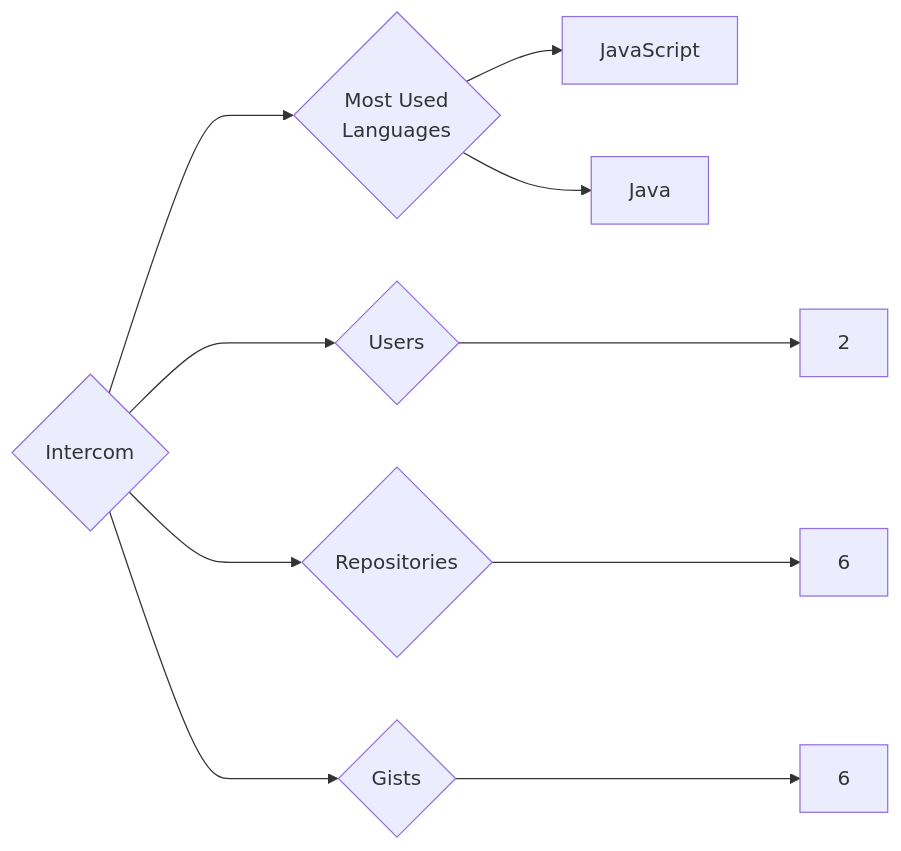
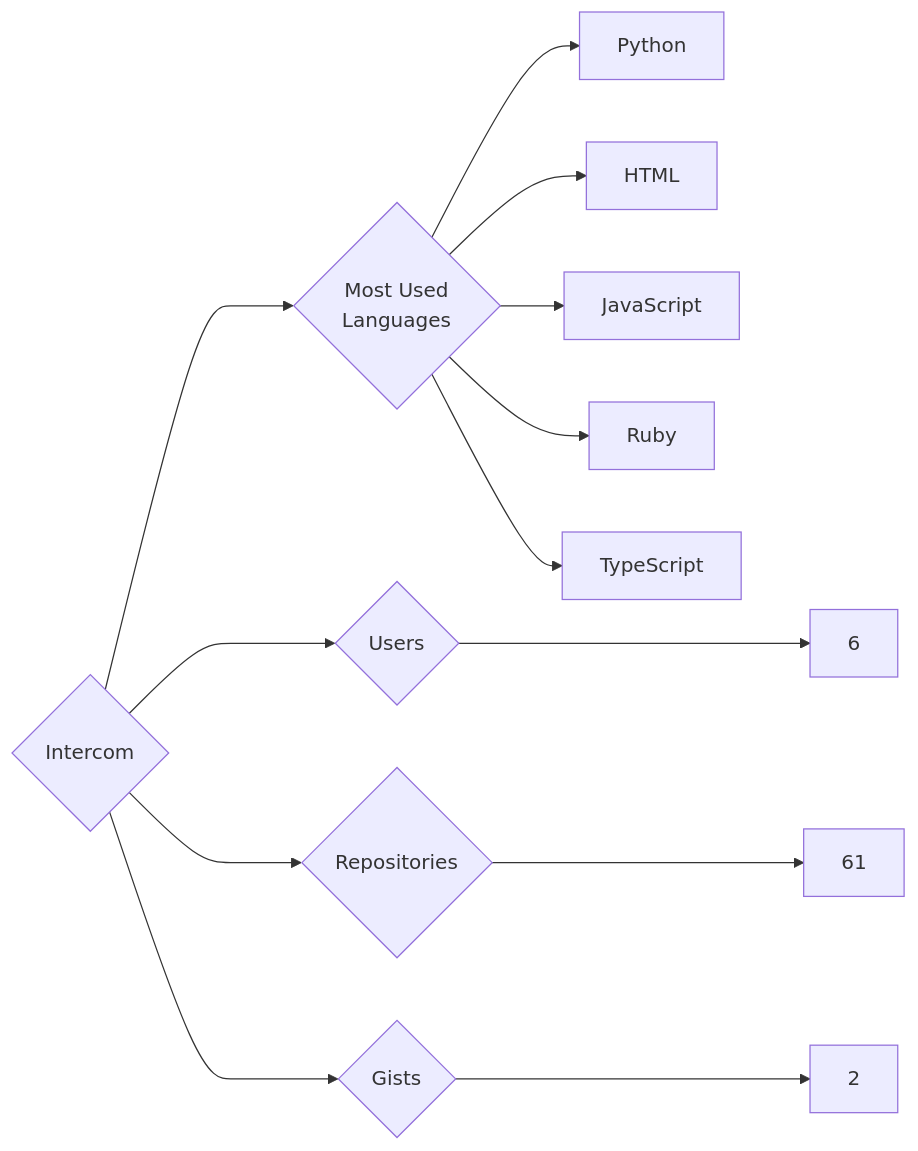
One commit to trickest/insiders changed the diagram in targets/Intercom/README.md. Above: the diagram before and after it, drawn with Mermaid. The commit also changed 1078 other files, not shown here.

````diff
--- a/targets/Intercom/README.md
+++ b/targets/Intercom/README.md
@@ -3,10 +3,13 @@
 ```mermaid
 graph LR
 COMPANY_NAME{Intercom}
-COMPANY_NAME ---> U{Users} ---> UN[2]
-COMPANY_NAME ---> R{Repositories} ---> RN[6]
-COMPANY_NAME ---> G{Gists} ---> GN[6]
+COMPANY_NAME ---> U{Users} ---> UN[6]
+COMPANY_NAME ---> R{Repositories} ---> RN[61]
+COMPANY_NAME ---> G{Gists} ---> GN[2]
 COMPANY_NAME ---> ML{Most Used<br>Languages}
+ML --> Python[Python]
+ML --> HTML[HTML]
 ML --> JavaScript[JavaScript]
-ML --> Java[Java]
+ML --> Ruby[Ruby]
+ML --> TypeScript[TypeScript]
 ```
````
